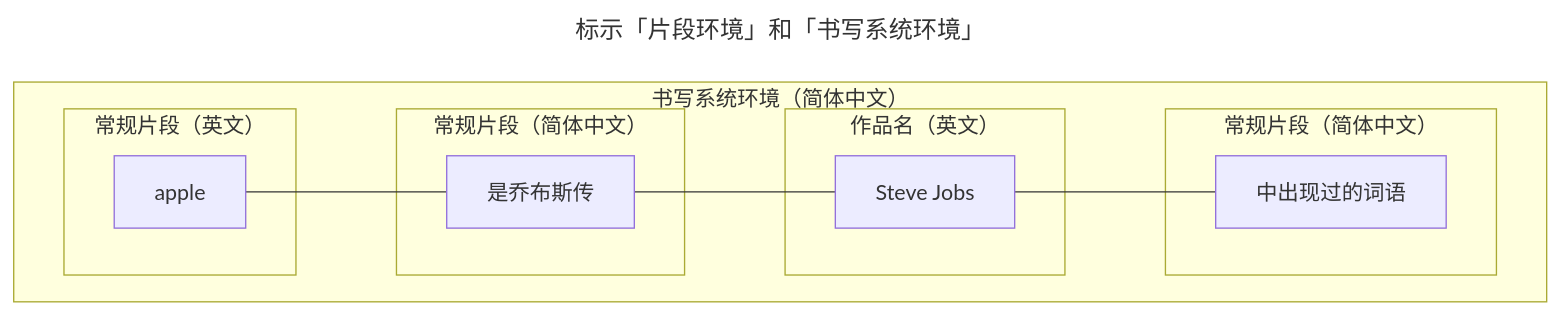
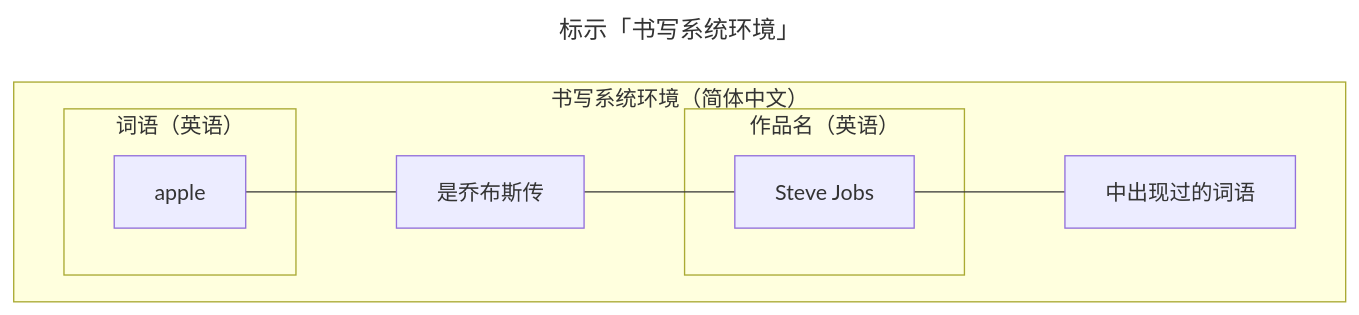
Before and after one commit to saveweb/general-writing-laws: the third of 4 diagrams in README.md, drawn with Mermaid. The commit also changed other lines of this file, not shown here.

````diff
--- a/README.md
+++ b/README.md
@@ -201,30 +203,24 @@
     ```mermaid
     ---
-    title: "标示「片段环境」和「书写系统环境」"
+    title: "标示「书写系统环境」"
     ---
     flowchart TD
 
         %% apple 是乔布斯传 _Steve Jobs_ 中出现过的词语。
 
         1A["apple"]
         1B["是乔布斯传"]
         1C["Steve Jobs"]
         1D["中出现过的词语"]
 
         subgraph Sub_A["书写系统环境（简体中文）"]
             direction LR
-                subgraph Sub_B["常规片段（英文）"]
-                    1A
-                end
-                subgraph Sub_C["常规片段（简体中文）"]
-                    1B
-                end
-                subgraph Sub_D["作品名（英文）"]
+                subgraph Sub_E["作品名（英语）"]
                     1C
                 end
-                subgraph Sub_E["常规片段（简体中文）"]
-                    1D
+                subgraph Sub_F["词语（英语）"]
+                    1A
                 end
             1A --- 1B --- 1C --- 1D
         end
     ```
````
